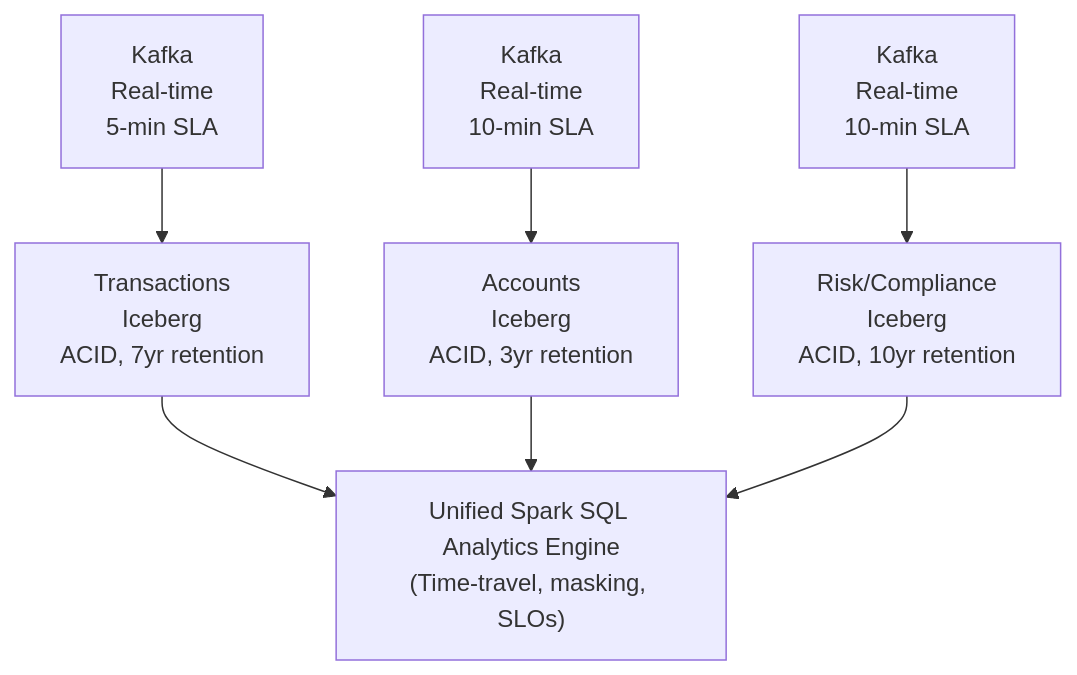
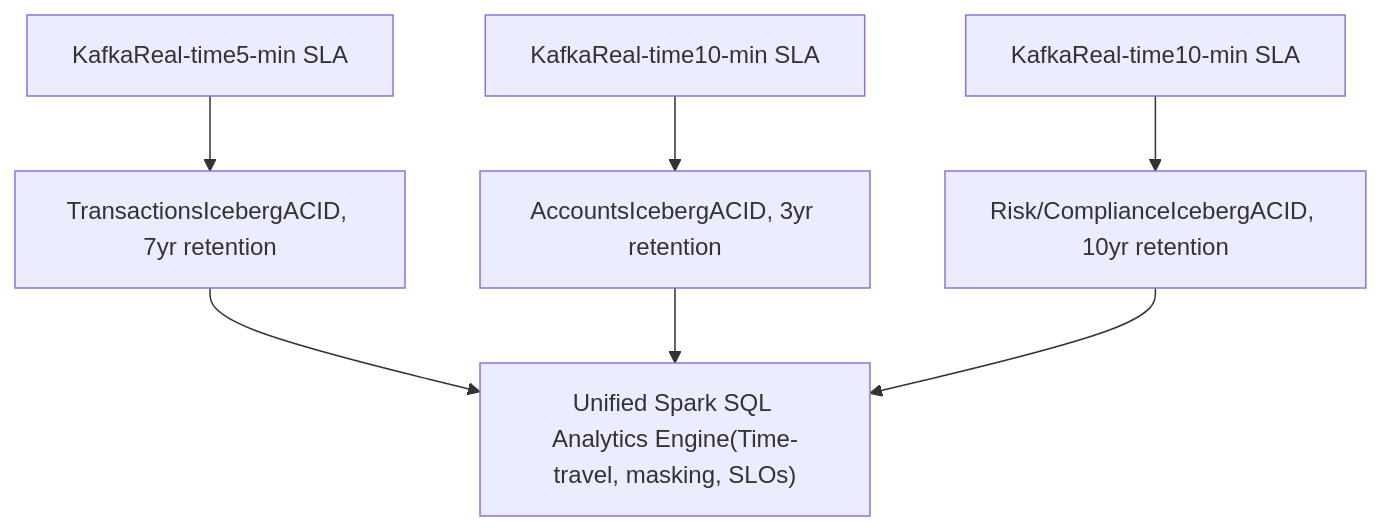
The diagram in docs/index.md (naren-chakraview/chakraview-fintech-data-mesh), drawn with Mermaid before and after one commit. The commit also changed 9 other files, not shown here.

Commit message:
fix: remove HTML br tags from mermaid diagrams and fix diagram syntax for v11 compatibility

````diff
--- a/docs/index.md
+++ b/docs/index.md
@@ -23,20 +23,20 @@
 ```mermaid
 graph TD
-    A["Unified Spark SQL Analytics Engine<br/>(Time-travel, masking, SLOs)"]
+    A["Unified Spark SQL Analytics Engine(Time-travel, masking, SLOs)"]
     
-    B["Transactions<br/>Iceberg<br/>ACID, 7yr retention"]
-    C["Accounts<br/>Iceberg<br/>ACID, 3yr retention"]
-    D["Risk/Compliance<br/>Iceberg<br/>ACID, 10yr retention"]
+    B["TransactionsIcebergACID, 7yr retention"]
+    C["AccountsIcebergACID, 3yr retention"]
+    D["Risk/ComplianceIcebergACID, 10yr retention"]
     
-    E["Kafka<br/>Real-time<br/>5-min SLA"]
-    F["Kafka<br/>Real-time<br/>10-min SLA"]
-    G["Kafka<br/>Real-time<br/>10-min SLA"]
+    E["KafkaReal-time5-min SLA"]
+    F["KafkaReal-time10-min SLA"]
+    G["KafkaReal-time10-min SLA"]
     
     B --> A
     C --> A
     D --> A
     
     E --> B
     F --> C
     G --> D
 ```
````
